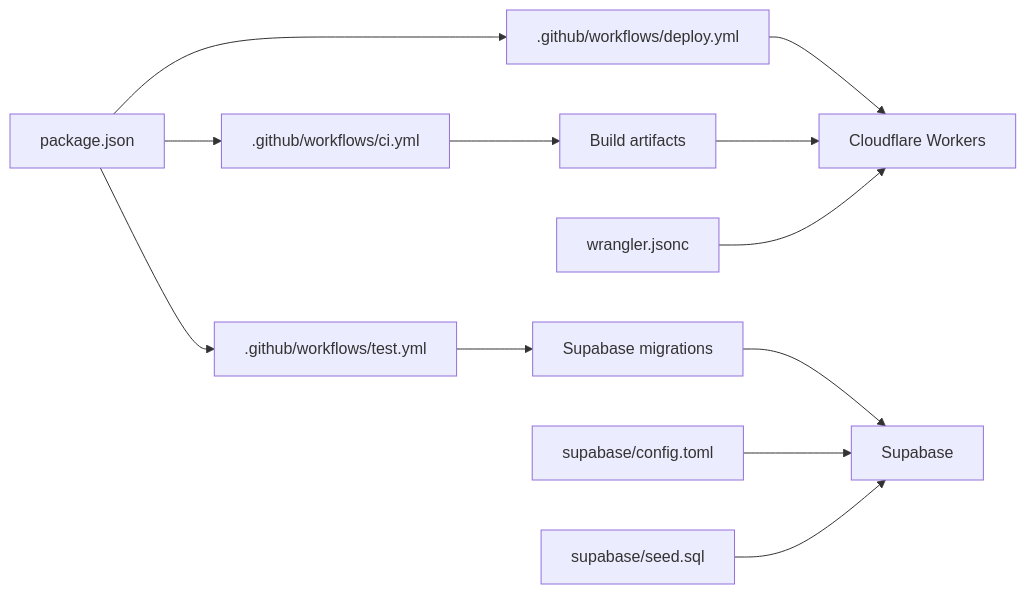
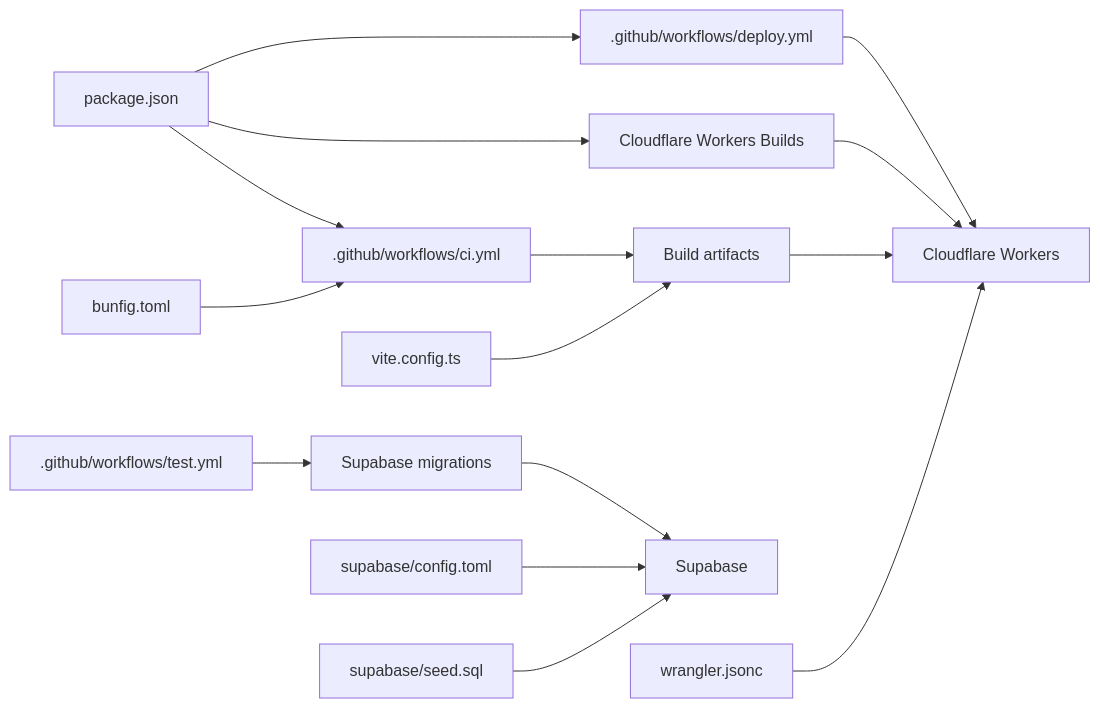
The tenth of 10 diagrams in .qoder/repowiki/en/content/Deployment and DevOps.md (gastaldellomarco/pcReady), drawn with Mermaid before and after one commit. The commit also changed other lines of this file and 19 other files, not shown here.

````diff
--- a/.qoder/repowiki/en/content/Deployment and DevOps.md
+++ b/.qoder/repowiki/en/content/Deployment and DevOps.md
@@ -388,14 +458,17 @@
 ```mermaid
 graph LR
 CI[".github/workflows/ci.yml"] --> Build["Build artifacts"]
 TestW[".github/workflows/test.yml"] --> Migrate["Supabase migrations"]
 DeployW[".github/workflows/deploy.yml"] --> Workers["Cloudflare Workers"]
+CWBuild["Cloudflare Workers Builds"] --> Workers
 Migrate --> Supabase["Supabase"]
 Build --> Workers
 SupabaseCfg["supabase/config.toml"] --> Supabase
 WranglerCfg["wrangler.jsonc"] --> Workers
 PKG["package.json"] --> CI
-PKG --> TestW
+PKG --> CWBuild
 PKG --> DeployW
 Seed["supabase/seed.sql"] --> Supabase
+ViteCfg["vite.config.ts"] --> Build
+BunCfg["bunfig.toml"] --> CI
 ```
````
